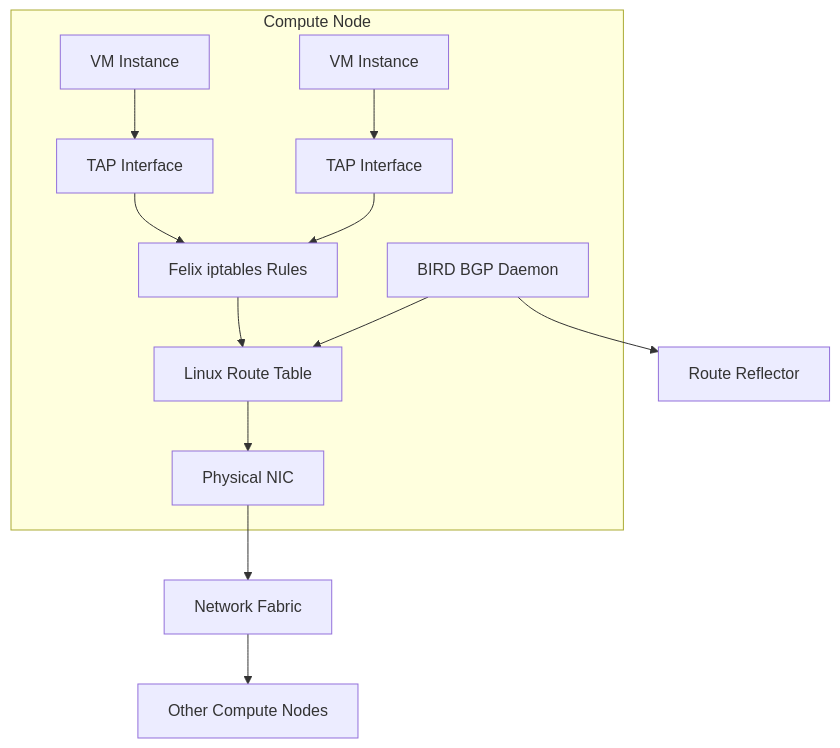
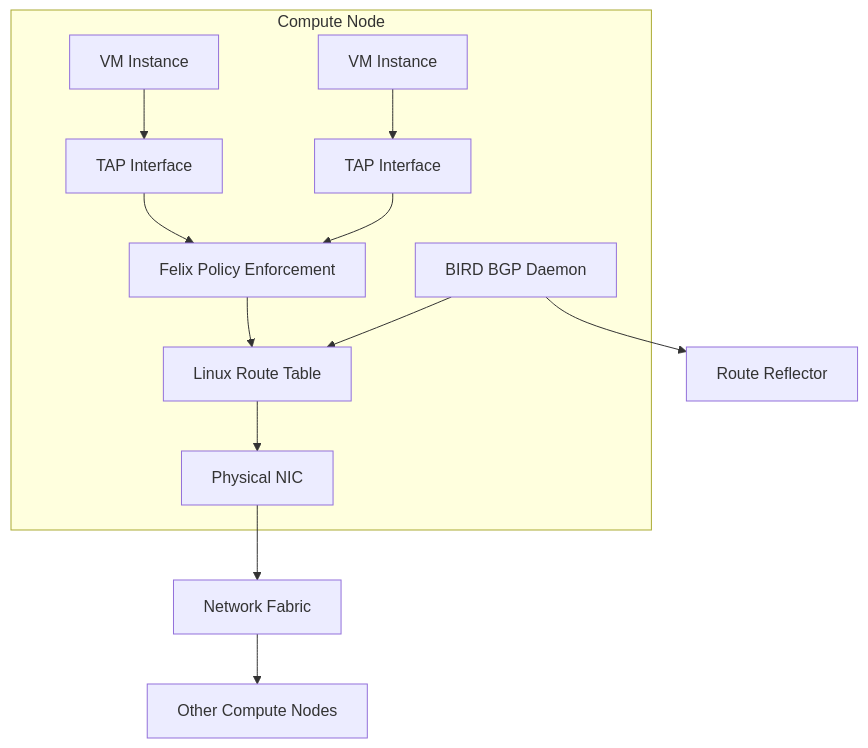
One commit to OneUptime/blog changed the diagram in posts/2026-03-14-document-openstack-connectivity-calico/README.md. Above: the diagram before and after it, drawn with Mermaid. The commit also changed other lines of this file and 2 other files, not shown here.

````diff
--- a/posts/2026-03-14-document-openstack-connectivity-calico/README.md
+++ b/posts/2026-03-14-document-openstack-connectivity-calico/README.md
@@ -31,15 +31,15 @@
 ```mermaid
 graph TD
     subgraph "Compute Node"
         VM1[VM Instance] --> TAP1[TAP Interface]
         VM2[VM Instance] --> TAP2[TAP Interface]
-        TAP1 --> FW1[Felix iptables Rules]
+        TAP1 --> FW1[Felix Policy Enforcement]
         TAP2 --> FW1
         FW1 --> RT[Linux Route Table]
         RT --> ETH[Physical NIC]
         BIRD[BIRD BGP Daemon] --> RT
     end
     ETH --> FABRIC[Network Fabric]
     FABRIC --> ETH2[Other Compute Nodes]
     BIRD --> RR[Route Reflector]
 ```
````
